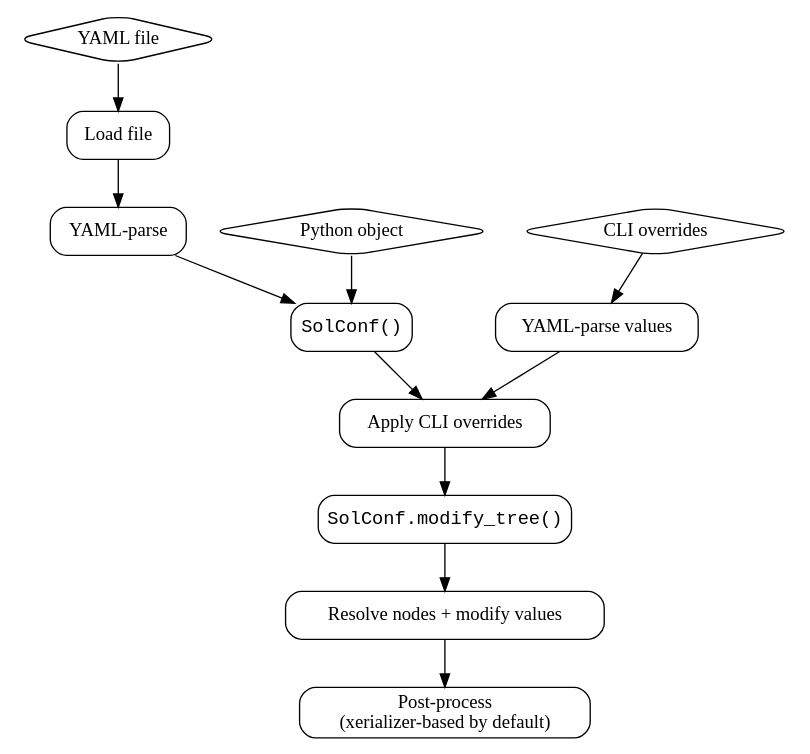
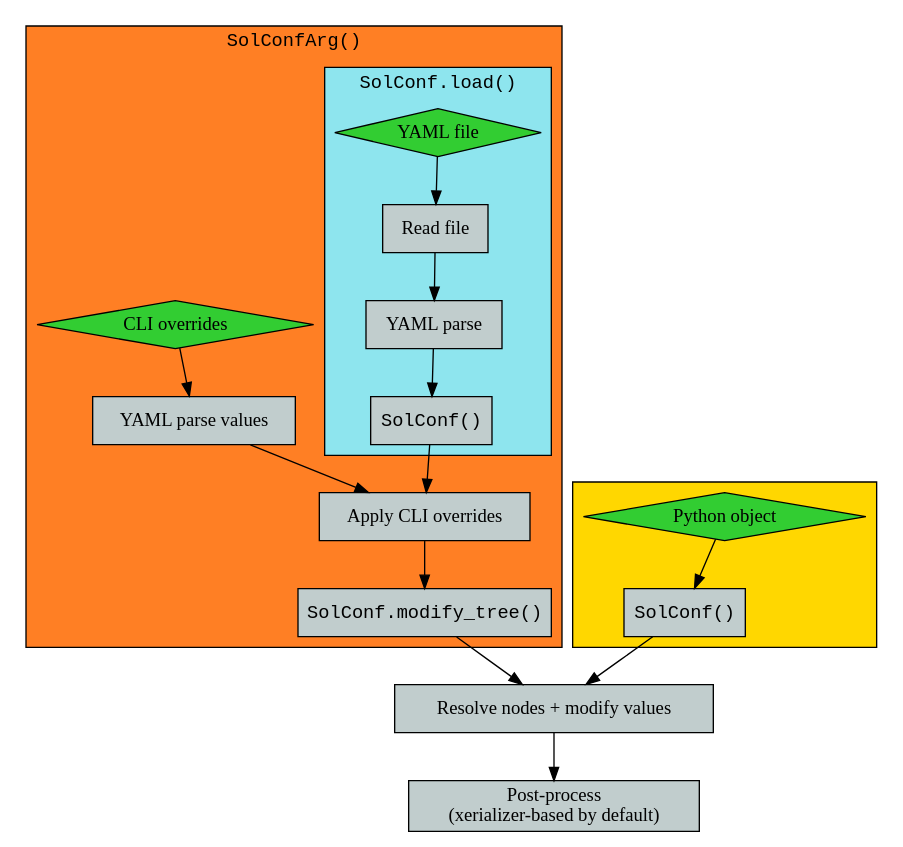
Before and after one commit to zepedaj/soleil: the first of 2 diagrams in docs/source/content/intro.rst, drawn with Graphviz.

Commit message:
Soleil workflow diagram.

```diff
--- a/docs/source/content/intro.rst
+++ b/docs/source/content/intro.rst
@@ -292,20 +292,46 @@
 .. graphviz::
-   :caption: |SolConf| creation, modification and and resolution workflow.
+   :caption: |SolConf| creation, modification and resolution workflow.
 
-   digraph foo {
+   digraph foo {       
+       node [shape=box,style="filled",fillcolor=azure3];
 
-   node [shape=box,style=rounded]
+       subgraph cluster_0 {	 
+        label = "SolConfArg()"
+	fontname = "courier"
+	style = filled
+	fillcolor = chocolate1	
+	subgraph cluster_1 {
+	  fillcolor = cadetblue2
+	  label = "SolConf.load()"
+	  "YAML file" -> "Read file" -> "YAML parse" -> "SolConf1";
+	 }	 
+	 "SolConf1" -> "Apply CLI overrides"
+	 "CLI overrides" -> "YAML parse values" -> "Apply CLI overrides" -> "SolConf.modify_tree()" ;
+       }
+       "SolConf.modify_tree()" -> resolve
 
-   "YAML file" -> "Load file" -> "YAML-parse" -> "SolConf()" -> "Apply CLI overrides" -> "SolConf.modify_tree()" -> "Resolve nodes + modify values" -> "Post-process\n(xerializer-based by default)";
-   "Python object" -> "SolConf()";
-   "CLI overrides" -> "YAML-parse values" -> "Apply CLI overrides";
+       subgraph cluster_2 {
+         style=filled
+         fillcolor=gold1
+         "Python object" -> SolConf2;
+       }
+       SolConf2 -> resolve
+       
 
-   # Input nodes
-   "YAML file" [shape=diamond];
-   "CLI overrides" [shape=diamond];
-   "Python object" [shape=diamond];
+       #
+       resolve -> "Post-process\n(xerializer-based by default)";
 
-   # Code blocks.
-   "SolConf()" [fontname="Courier"]
-   "SolConf.modify_tree()" [fontname="Courier"]
+       # Input nodes       
+       "YAML file" [shape=diamond, fillcolor=limegreen];
+       "CLI overrides" [shape=diamond, fillcolor=limegreen];
+       "Python object" [shape=diamond, fillcolor=limegreen];
+
+       # Code blocks.       
+       SolConf1 [fontname="Courier", label="SolConf()"]
+       SolConf2 [fontname="Courier", label="SolConf()"]
+       "SolConf.modify_tree()" [fontname="Courier"]
+
+       # Other blocks
+       resolve [label="Resolve nodes + modify values"]
+
    }
```
